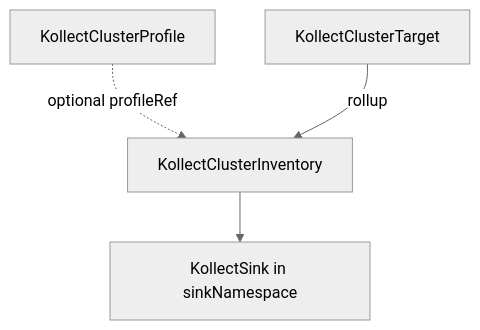
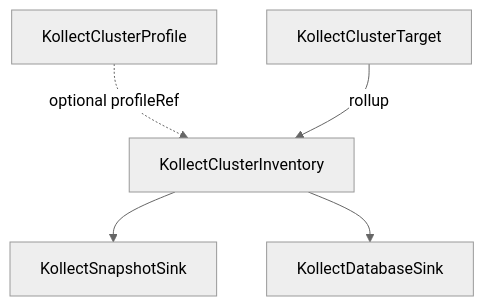
One commit to konih/kollect changed the diagram in docs/crds/kollectclusterinventory.md. Above: the diagram before and after it, drawn with Mermaid (neutral theme). The commit also changed other lines of this file and 22 other files, not shown here.

````diff
--- a/docs/crds/kollectclusterinventory.md
+++ b/docs/crds/kollectclusterinventory.md
@@ -21,11 +22,13 @@
 ```mermaid
 flowchart TD
   CProf[KollectClusterProfile]
   CTarget[KollectClusterTarget]
   CInv[KollectClusterInventory]
-  Sink[KollectSink in sinkNamespace]
+  Snap[KollectSnapshotSink]
+  Db[KollectDatabaseSink]
 
   CProf -.->|optional profileRef| CInv
   CTarget -->|rollup| CInv
-  CInv --> Sink
+  CInv --> Snap
+  CInv --> Db
 ```
````
